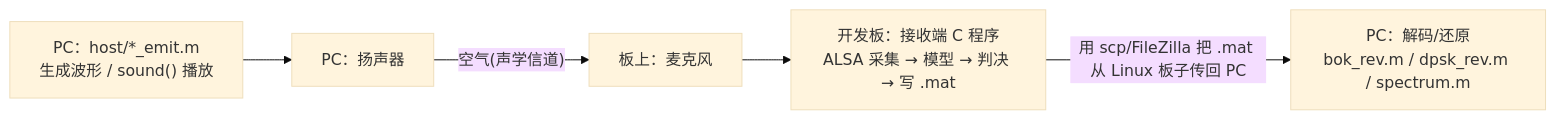
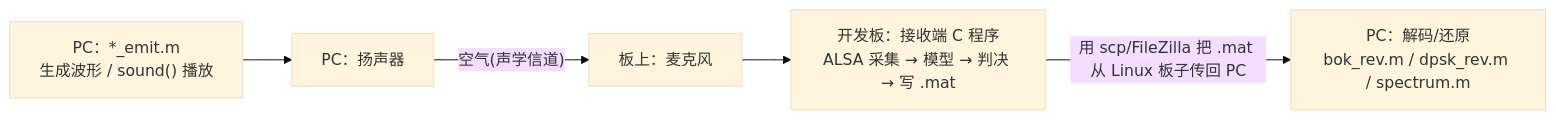
The diagram in documents/README.md (padhialuo0426/portable-acoustic-sdr), drawn with Mermaid (base theme) before and after one commit. The commit also changed other lines of this file and 100 other files, not shown here.

````diff
--- a/documents/README.md
+++ b/documents/README.md
@@ -33,11 +33,11 @@
 ```mermaid
 flowchart LR
-    emit["PC：host/*_emit.m<br/>生成波形 / sound() 播放"]
+    emit["PC：*_emit.m<br/>生成波形 / sound() 播放"]
     spk["PC：扬声器"]
     mic["板上：麦克风"]
     rx["开发板：接收端 C 程序<br/>ALSA 采集 → 模型 → 判决 → 写 .mat"]
     dec["PC：解码/还原<br/>bok_rev.m / dpsk_rev.m / spectrum.m"]
 
     emit --> spk -->|"空气(声学信道)"| mic --> rx
     rx -->|"用 scp/FileZilla 把 .mat 从 Linux 板子传回 PC"| dec
 ```
````
